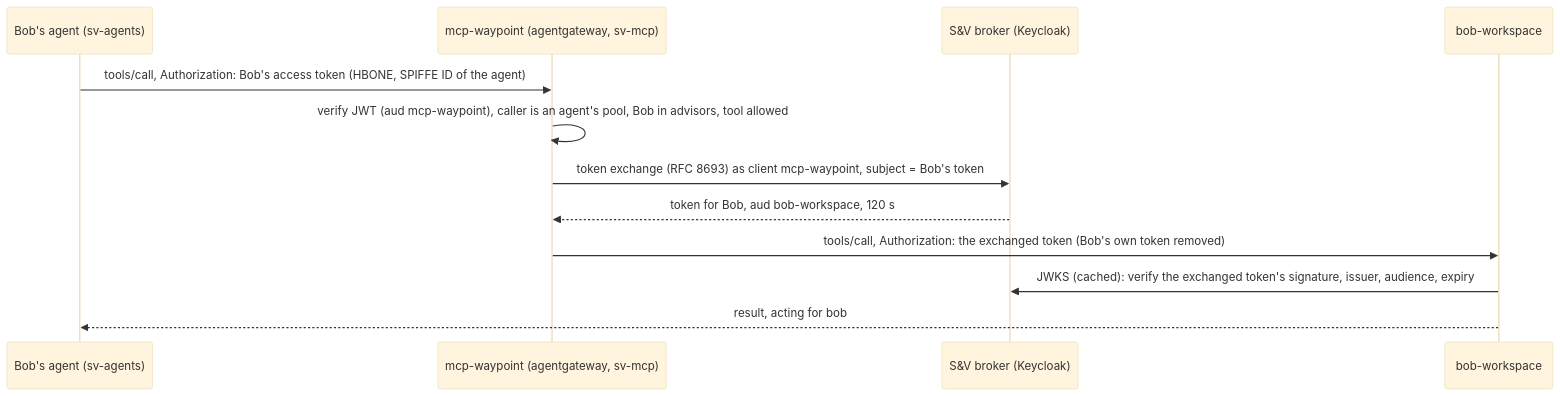
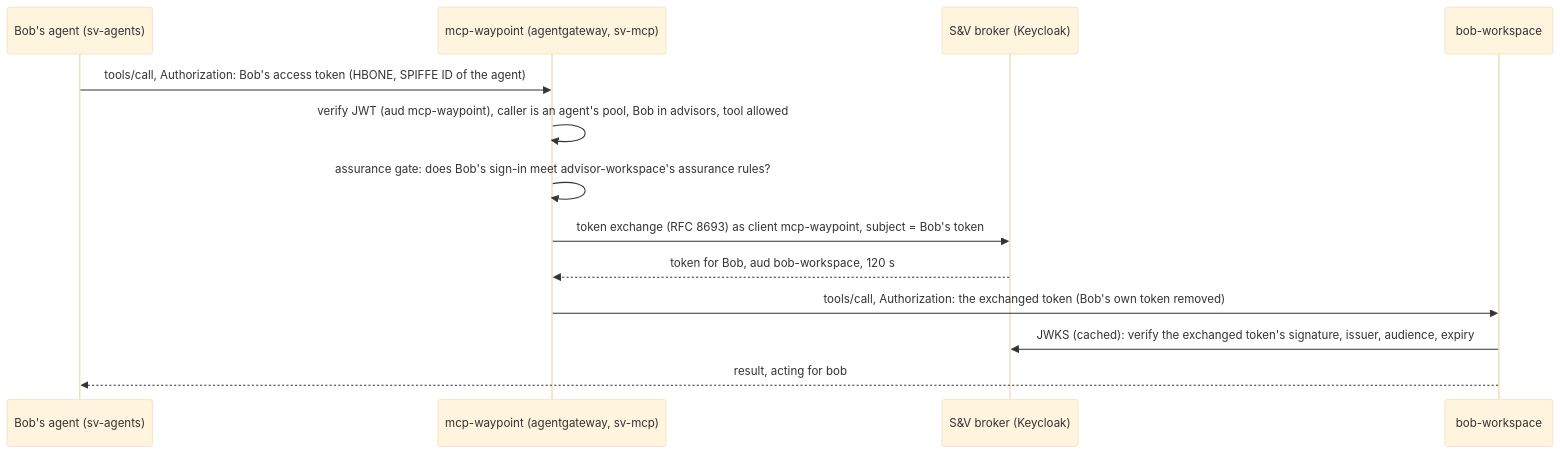
The first of 3 diagrams in docs/IDENTITY-FLOWS.md (nickgamb/solo-lab), drawn with Mermaid (base theme) before and after one commit. The commit also changed other lines of this file and 8 other files, not shown here.

First line of the commit message:
Docs: assurance, trust across IdPs, assurance rules and the gate

````diff
--- a/docs/IDENTITY-FLOWS.md
+++ b/docs/IDENTITY-FLOWS.md
@@ -57,14 +59,15 @@
 ```mermaid
 sequenceDiagram
   participant A as Bob's agent (sv-agents)
   participant W as mcp-waypoint (agentgateway, sv-mcp)
   participant K as S&V broker (Keycloak)
   participant T as bob-workspace
   A->>W: tools/call, Authorization: Bob's access token (HBONE, SPIFFE ID of the agent)
   W->>W: verify JWT (aud mcp-waypoint), caller is an agent's pool, Bob in advisors, tool allowed
+  W->>W: assurance gate: does Bob's sign-in meet advisor-workspace's assurance rules?
   W->>K: token exchange (RFC 8693) as client mcp-waypoint, subject = Bob's token
   K-->>W: token for Bob, aud bob-workspace, 120 s
   W->>T: tools/call, Authorization: the exchanged token (Bob's own token removed)
   T->>K: JWKS (cached): verify the exchanged token's signature, issuer, audience, expiry
   T-->>A: result, acting for bob
 ```
````
